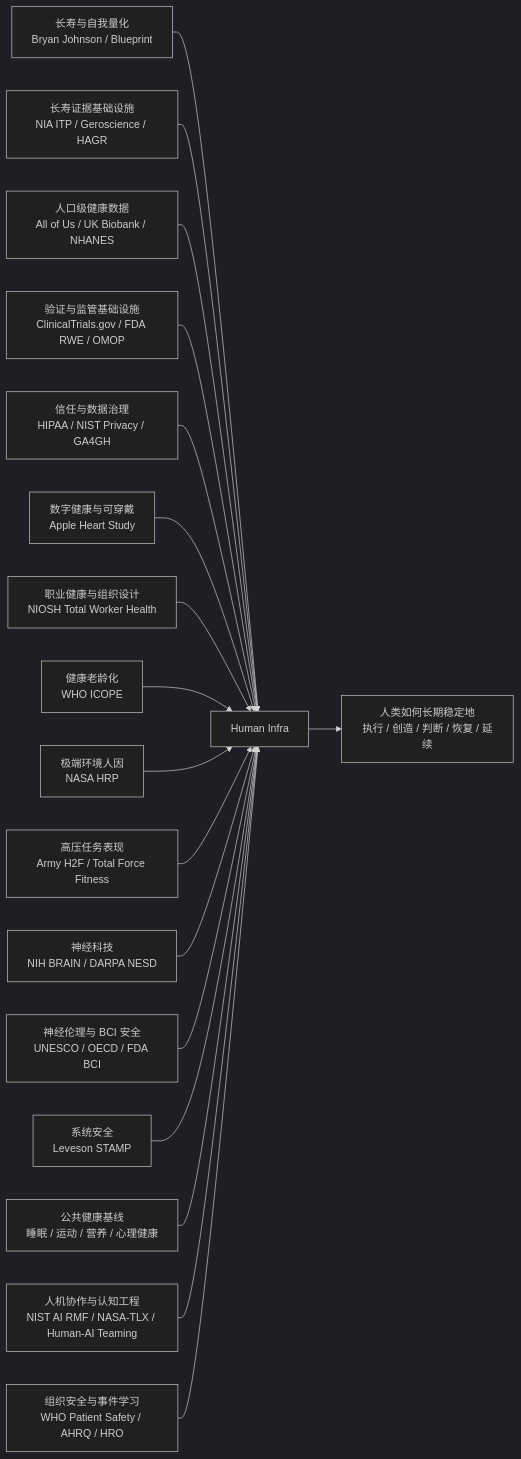
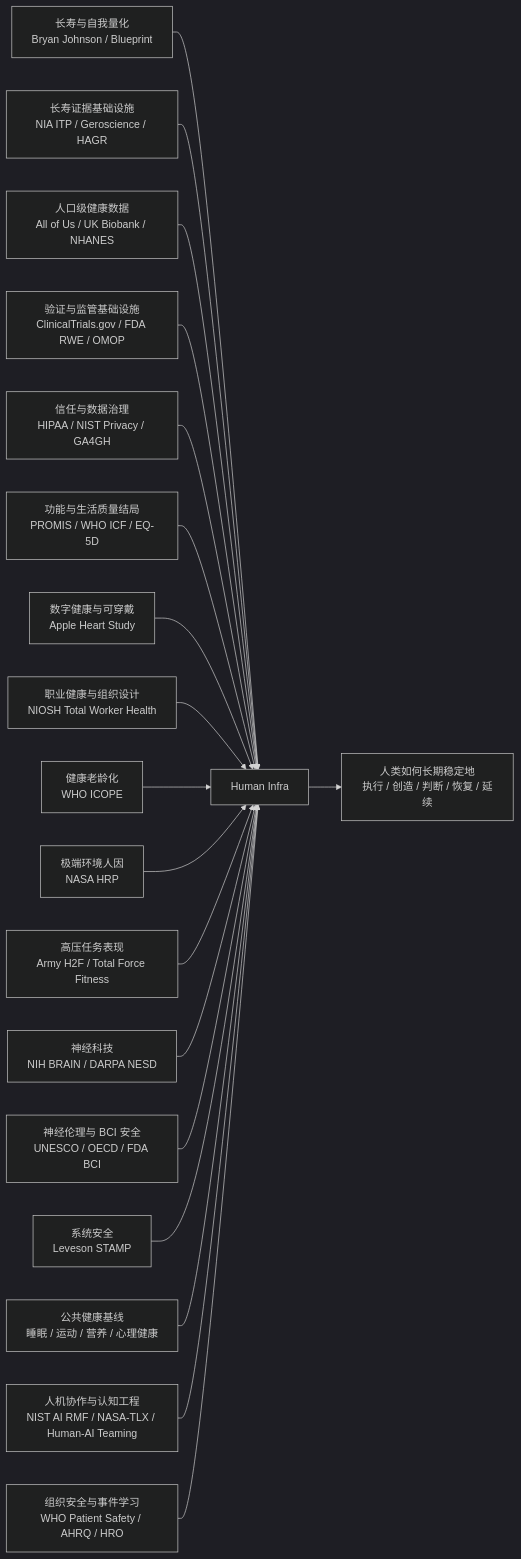
One commit to 123olp/ys changed the first of 4 diagrams in README.md. Above: the diagram before and after it, drawn with Mermaid (dark theme). The commit also changed other lines of this file and 2 other files, not shown here.

````diff
--- a/README.md
+++ b/README.md
@@ -22,21 +22,22 @@
 ```mermaid
 flowchart LR
     A[长寿与自我量化<br/>Bryan Johnson / Blueprint] --> H[Human Infra]
     L[长寿证据基础设施<br/>NIA ITP / Geroscience / HAGR] --> H
     P[人口级健康数据<br/>All of Us / UK Biobank / NHANES] --> H
     R[验证与监管基础设施<br/>ClinicalTrials.gov / FDA RWE / OMOP] --> H
     T[信任与数据治理<br/>HIPAA / NIST Privacy / GA4GH] --> H
+    Q[功能与生活质量结局<br/>PROMIS / WHO ICF / EQ-5D] --> H
     B[数字健康与可穿戴<br/>Apple Heart Study] --> H
     C[职业健康与组织设计<br/>NIOSH Total Worker Health] --> H
     D[健康老龄化<br/>WHO ICOPE] --> H
     E[极端环境人因<br/>NASA HRP] --> H
     F[高压任务表现<br/>Army H2F / Total Force Fitness] --> H
     G[神经科技<br/>NIH BRAIN / DARPA NESD] --> H
     N[神经伦理与 BCI 安全<br/>UNESCO / OECD / FDA BCI] --> H
     I[系统安全<br/>Leveson STAMP] --> H
     K[公共健康基线<br/>睡眠 / 运动 / 营养 / 心理健康] --> H
     M[人机协作与认知工程<br/>NIST AI RMF / NASA-TLX / Human-AI Teaming] --> H
     O[组织安全与事件学习<br/>WHO Patient Safety / AHRQ / HRO] --> H
 
     H --> J[人类如何长期稳定地<br/>执行 / 创造 / 判断 / 恢复 / 延续]
 ```
````
